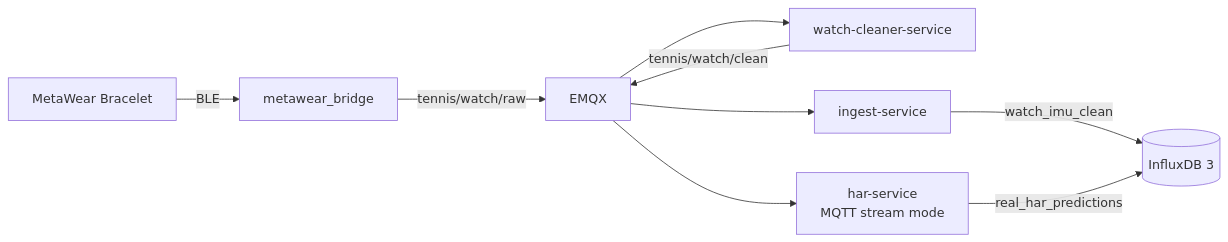
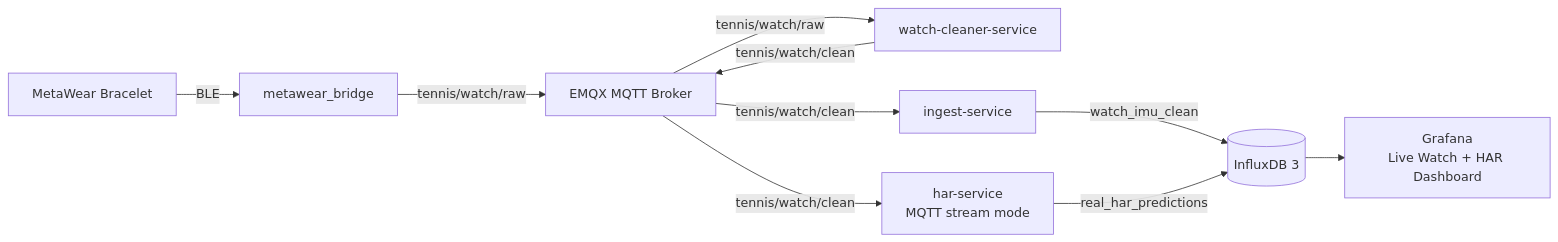
The seventh of 10 diagrams in docs/Phases.md (Aramushaa/Smart-Tennis-Field), drawn with Mermaid before and after one commit. The commit also changed other lines of this file, not shown here.

Commit message:
Refactor Phases.md Graphs

````diff
--- a/docs/Phases.md
+++ b/docs/Phases.md
@@ -286,14 +286,15 @@
 ```mermaid
 flowchart LR
-    MW[MetaWear Bracelet] -->|BLE| BR[metawear_bridge]
-    BR -->|tennis/watch/raw| EMQX[EMQX]
-
-    EMQX --> WC[watch-cleaner-service]
+    MW[MetaWear Bracelet] -->|BLE| MB[metawear_bridge]
+    MB -->|tennis/watch/raw| EMQX[EMQX MQTT Broker]
+    EMQX -->|tennis/watch/raw| WC[watch-cleaner-service]
     WC -->|tennis/watch/clean| EMQX
 
-    EMQX --> ING[ingest-service]
+    EMQX -->|tennis/watch/clean| ING[ingest-service]
     ING -->|watch_imu_clean| DB[(InfluxDB 3)]
 
-    EMQX --> HAR[har-service<br/>MQTT stream mode]
+    EMQX -->|tennis/watch/clean| HAR[har-service<br/>MQTT stream mode]
     HAR -->|real_har_predictions| DB
+
+    DB --> G[Grafana<br/>Live Watch + HAR Dashboard]
 ```
````
